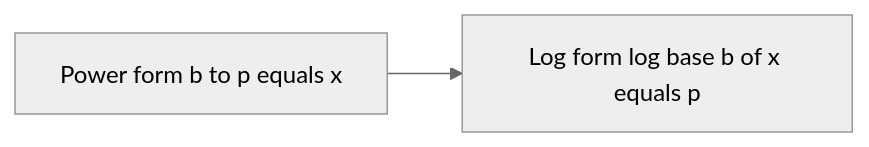
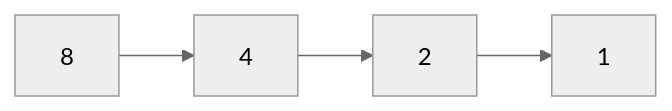
Before and after one commit to mthaiseer/springcloud-systemdesign-notes: the sixth of 14 diagrams in CP_DSA_NOTES/000_MATH/cp_dsa_math_visual_reference.md, drawn with Mermaid (neutral theme). The commit also changed other lines of this file, not shown here.

````diff
--- a/CP_DSA_NOTES/000_MATH/cp_dsa_math_visual_reference.md
+++ b/CP_DSA_NOTES/000_MATH/cp_dsa_math_visual_reference.md
@@ -181,4 +255,6 @@
 ```mermaid
 flowchart LR
-    A[Power form b to p equals x] --> B[Log form log base b of x equals p]
+    A[8] --> B[4]
+    B --> C[2]
+    C --> D[1]
 ```
````
